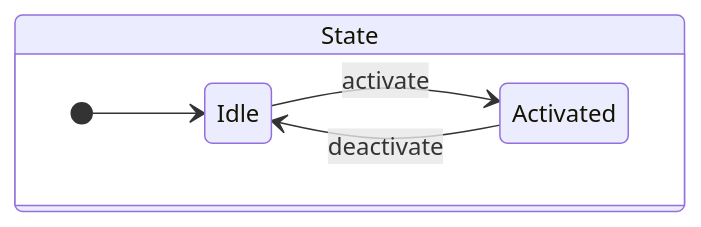
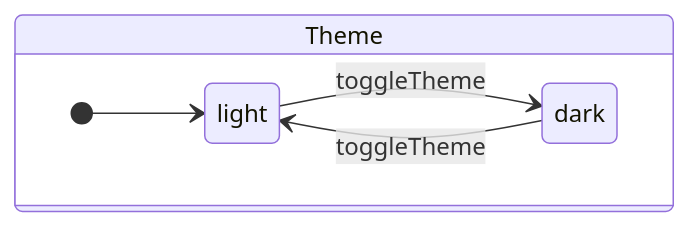
The first of 3 diagrams in README.md (grancalavera/reactive-recipes), drawn with Mermaid before and after one commit. The commit also changed other lines of this file and 7 other files, not shown here.

````diff
--- a/README.md
+++ b/README.md
@@ -26,10 +26,10 @@
 ```mermaid
 stateDiagram-v2
 
-state State {
+state Theme {
   direction LR
-  [*] --> Idle
-  Idle --> Activated: activate
-  Activated --> Idle: deactivate
+  [*] --> light
+  light --> dark: toggleTheme
+  dark --> light: toggleTheme
 }
 ```
````
